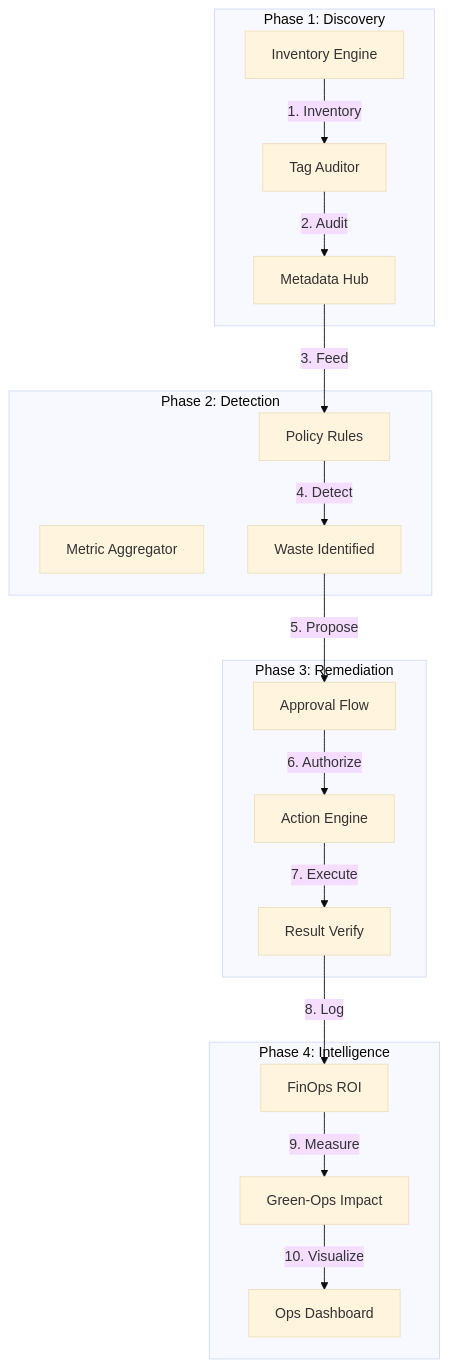
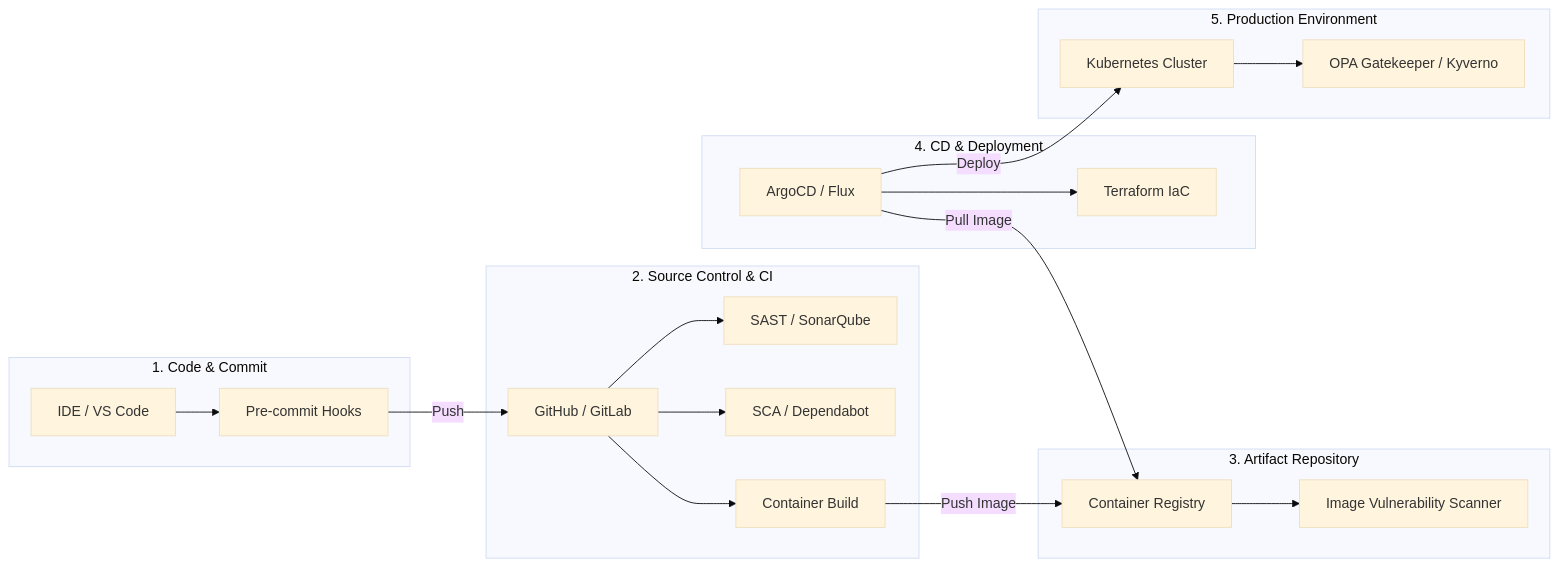
Before and after one commit to Devopstrio/waste-reduction-automation: the fourth of 12 diagrams in README.md, drawn with Mermaid (base theme). The commit also changed other lines of this file and 2 other files, not shown here.

Commit message:
docs: replace abstract placeholder diagrams with 12 high-level enterprise architecture diagrams

````diff
--- a/README.md
+++ b/README.md
@@ -45,37 +170,41 @@
 ```mermaid
-graph TD
-    subgraph "Phase 1: Discovery"
-        Inv[Inventory Engine]
-        Tag[Tag Auditor]
-        Meta[Metadata Hub]
+graph LR
+    subgraph "1. Code & Commit"
+        IDE[IDE / VS Code]
+        PreCommit[Pre-commit Hooks]
+        IDE --> PreCommit
     end
 
-    subgraph "Phase 2: Detection"
-        Rule[Policy Rules]
-        Metric[Metric Aggregator]
-        Issue[Waste Identified]
+    subgraph "2. Source Control & CI"
+        Git[GitHub / GitLab]
+        SAST[SAST / SonarQube]
+        SCA[SCA / Dependabot]
+        Build[Container Build]
+        Git --> SAST
+        Git --> SCA
+        Git --> Build
     end
 
-    subgraph "Phase 3: Remediation"
-        Appr[Approval Flow]
-        Exec[Action Engine]
-        Verify[Result Verify]
+    subgraph "3. Artifact Repository"
+        Registry[Container Registry]
+        ImageScan[Image Vulnerability Scanner]
+        Registry --> ImageScan
     end
 
-    subgraph "Phase 4: Intelligence"
-        Fin[FinOps ROI]
-        Green[Green-Ops Impact]
-        Dash[Ops Dashboard]
+    subgraph "4. CD & Deployment"
+        GitOps[ArgoCD / Flux]
+        Infra[Terraform IaC]
+        GitOps --> Infra
     end
 
-    Inv -->|1. Inventory| Tag
-    Tag -->|2. Audit| Meta
-    Meta -->|3. Feed| Rule
-    Rule -->|4. Detect| Issue
-    Issue -->|5. Propose| Appr
-    Appr -->|6. Authorize| Exec
-    Exec -->|7. Execute| Verify
-    Verify -->|8. Log| Fin
-    Fin -->|9. Measure| Green
-    Green -->|10. Visualize| Dash
+    subgraph "5. Production Environment"
+        K8s[Kubernetes Cluster]
+        Policy[OPA Gatekeeper / Kyverno]
+        K8s --> Policy
+    end
+
+    PreCommit -->|Push| Git
+    Build -->|Push Image| Registry
+    GitOps -->|Pull Image| Registry
+    GitOps -->|Deploy| K8s
 ```
````
